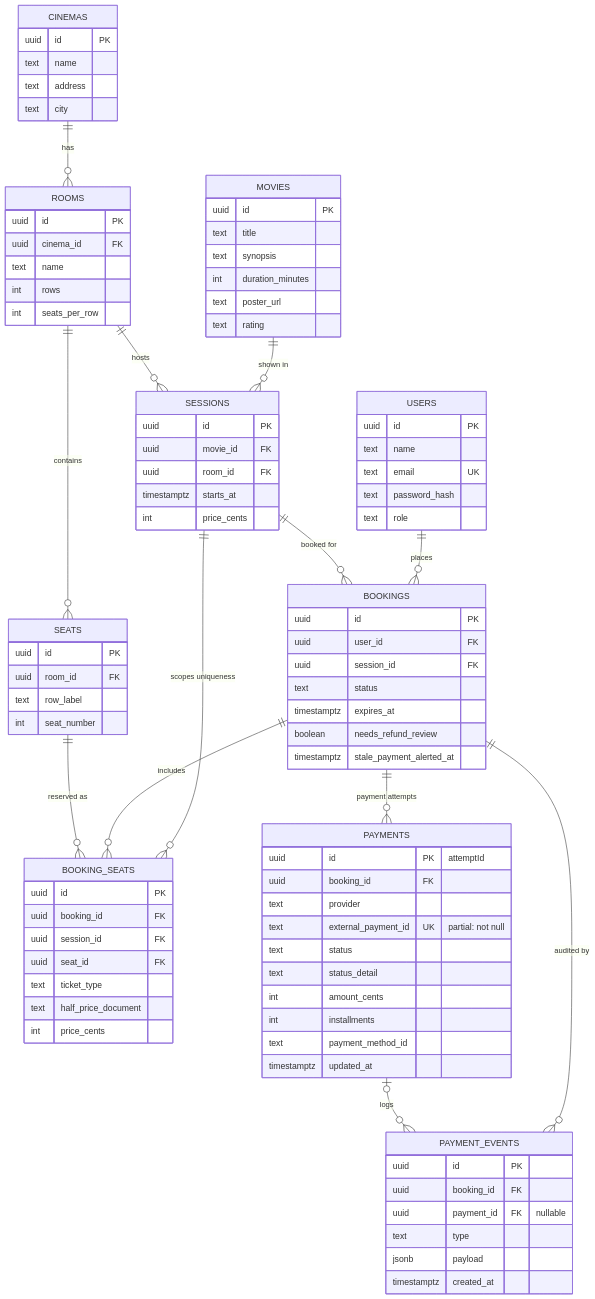
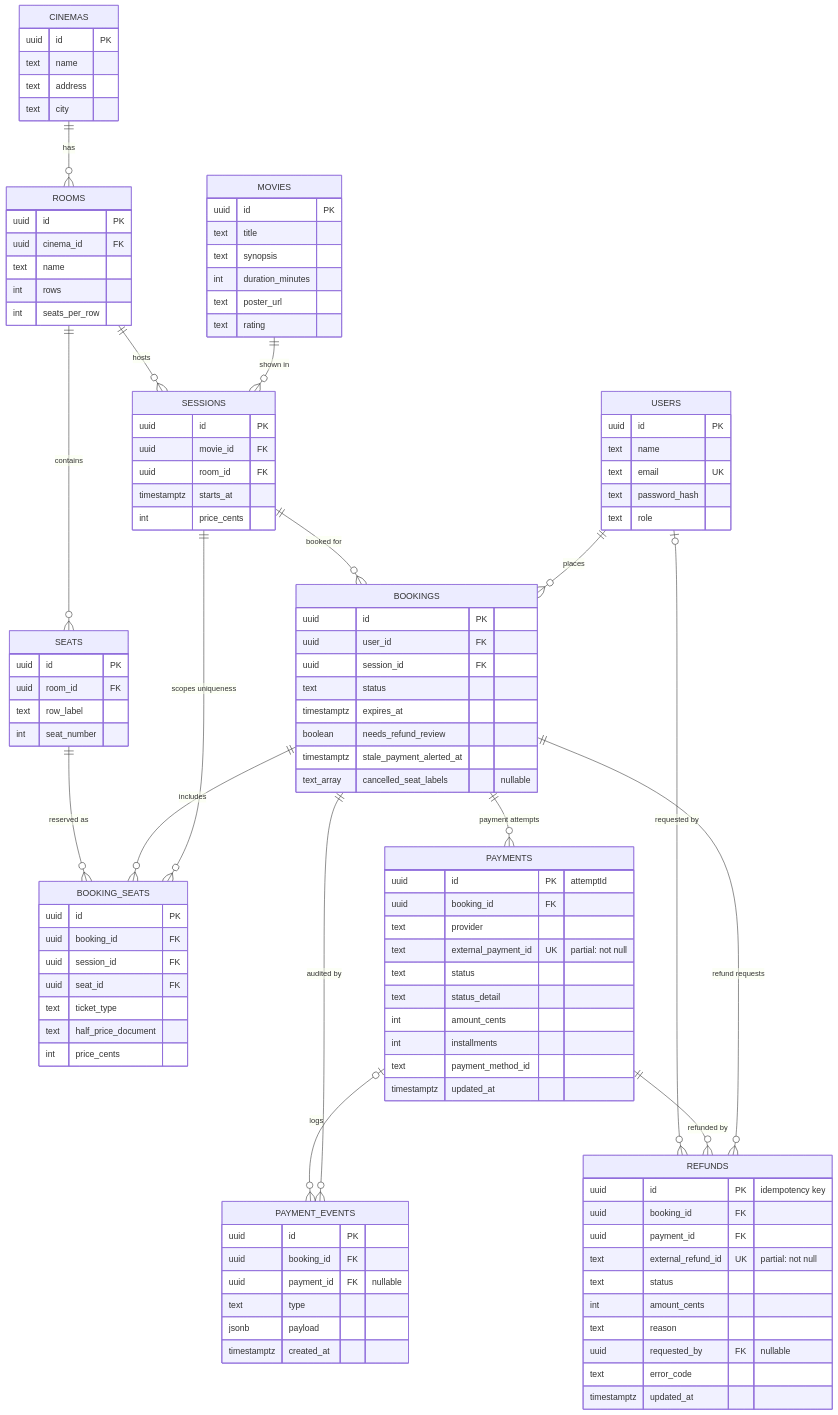
One commit to D4rkM/movietickets changed the diagram in docs/schema-erd.mmd. Above: the diagram before and after it, drawn with Mermaid. The commit also changed 3 other files, not shown here.

Commit message:
docs: atualiza schema, rotas e fatos verificados do estorno

```diff
--- a/docs/schema-erd.mmd
+++ b/docs/schema-erd.mmd
@@ -1,93 +1,109 @@
 erDiagram
     USERS ||--o{ BOOKINGS : places
     MOVIES ||--o{ SESSIONS : "shown in"
     CINEMAS ||--o{ ROOMS : has
     ROOMS ||--o{ SESSIONS : hosts
     ROOMS ||--o{ SEATS : contains
     SESSIONS ||--o{ BOOKINGS : "booked for"
     SESSIONS ||--o{ BOOKING_SEATS : "scopes uniqueness"
     BOOKINGS ||--o{ BOOKING_SEATS : includes
     SEATS ||--o{ BOOKING_SEATS : "reserved as"
     BOOKINGS ||--o{ PAYMENTS : "payment attempts"
     BOOKINGS ||--o{ PAYMENT_EVENTS : "audited by"
     PAYMENTS |o--o{ PAYMENT_EVENTS : "logs"
+    BOOKINGS ||--o{ REFUNDS : "refund requests"
+    PAYMENTS ||--o{ REFUNDS : "refunded by"
+    USERS |o--o{ REFUNDS : "requested by"
 
     USERS {
         uuid id PK
         text name
         text email UK
         text password_hash
         text role
     }
     MOVIES {
         uuid id PK
         text title
         text synopsis
         int duration_minutes
         text poster_url
         text rating
     }
     CINEMAS {
         uuid id PK
         text name
         text address
         text city
     }
     ROOMS {
         uuid id PK
         uuid cinema_id FK
         text name
         int rows
         int seats_per_row
     }
     SEATS {
         uuid id PK
         uuid room_id FK
         text row_label
         int seat_number
     }
     SESSIONS {
         uuid id PK
         uuid movie_id FK
         uuid room_id FK
         timestamptz starts_at
         int price_cents
     }
     BOOKINGS {
         uuid id PK
         uuid user_id FK
         uuid session_id FK
         text status
         timestamptz expires_at
         boolean needs_refund_review
         timestamptz stale_payment_alerted_at
+        text_array cancelled_seat_labels "nullable"
     }
     BOOKING_SEATS {
         uuid id PK
         uuid booking_id FK
         uuid session_id FK
         uuid seat_id FK
         text ticket_type
         text half_price_document
         int price_cents
     }
     PAYMENTS {
         uuid id PK "attemptId"
         uuid booking_id FK
         text provider
         text external_payment_id UK "partial: not null"
         text status
         text status_detail
         int amount_cents
         int installments
         text payment_method_id
         timestamptz updated_at
     }
     PAYMENT_EVENTS {
         uuid id PK
         uuid booking_id FK
         uuid payment_id FK "nullable"
         text type
         jsonb payload
         timestamptz created_at
     }
+    REFUNDS {
+        uuid id PK "idempotency key"
+        uuid booking_id FK
+        uuid payment_id FK
+        text external_refund_id UK "partial: not null"
+        text status
+        int amount_cents
+        text reason
+        uuid requested_by FK "nullable"
+        text error_code
+        timestamptz updated_at
+    }
```
